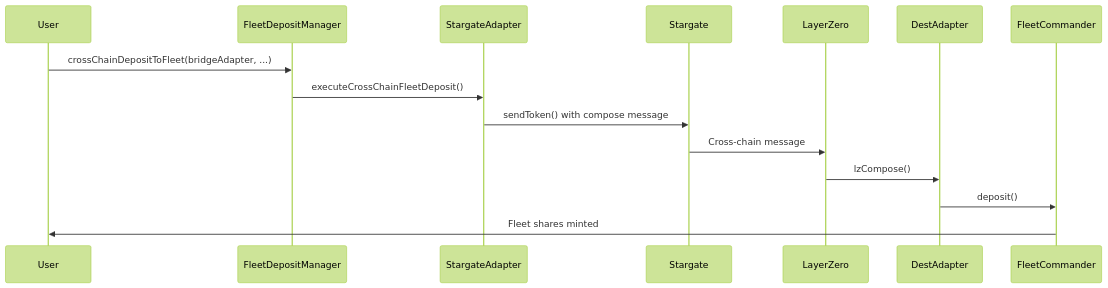
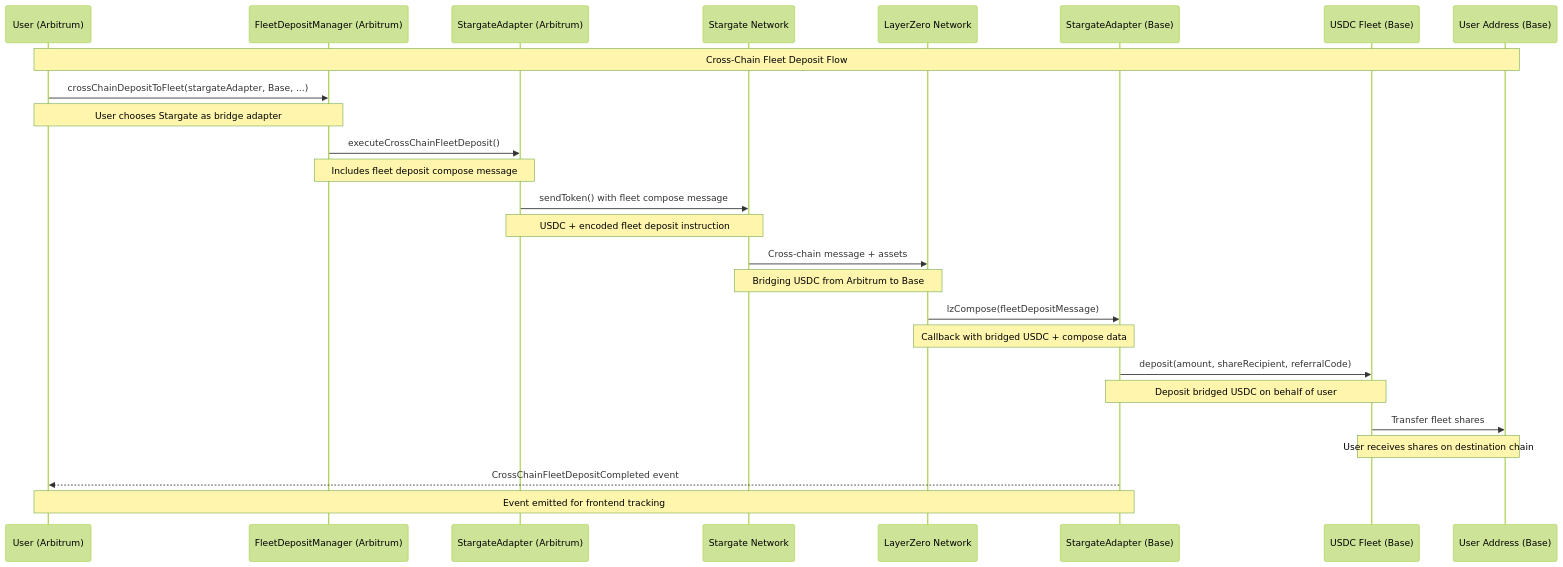
One commit to OasisDEX/summer-earn-protocol changed the third of 3 diagrams in packages/chain-bridge/CROSS_CHAIN_FLEET_DEPOSITS.md. Above: the diagram before and after it, drawn with Mermaid (forest theme). The commit also changed other lines of this file and 2 other files, not shown here.

First line of the commit message:
docs: enhance Cross-Chain Fleet Deposits documentation and add architecture diagrams

````diff
--- a/packages/chain-bridge/CROSS_CHAIN_FLEET_DEPOSITS.md
+++ b/packages/chain-bridge/CROSS_CHAIN_FLEET_DEPOSITS.md
@@ -132,18 +254,41 @@
 ```mermaid
 sequenceDiagram
-    participant User
-    participant FleetDepositManager
-    participant StargateAdapter
-    participant Stargate
-    participant LayerZero
-    participant DestAdapter
-    participant FleetCommander
+    participant User as User (Arbitrum)
+    participant FleetDepositManager as FleetDepositManager (Arbitrum)
+    participant SourceAdapter as StargateAdapter (Arbitrum)  
+    participant Stargate as Stargate Network
+    participant LayerZero as LayerZero Network
+    participant DestAdapter as StargateAdapter (Base)
+    participant FleetCommander as USDC Fleet (Base)
+    participant ShareRecipient as User Address (Base)
 
-    User->>FleetDepositManager: crossChainDepositToFleet(bridgeAdapter, ...)
-    FleetDepositManager->>StargateAdapter: executeCrossChainFleetDeposit()
-    StargateAdapter->>Stargate: sendToken() with compose message
-    Stargate->>LayerZero: Cross-chain message
-    LayerZero->>DestAdapter: lzCompose()
-    DestAdapter->>FleetCommander: deposit()
-    FleetCommander->>User: Fleet shares minted
+    Note over User,ShareRecipient: Cross-Chain Fleet Deposit Flow
+    
+    %% Source Chain Operations
+    User->>FleetDepositManager: crossChainDepositToFleet(stargateAdapter, Base, ...)
+    Note over User,FleetDepositManager: User chooses Stargate as bridge adapter
+    
+    FleetDepositManager->>SourceAdapter: executeCrossChainFleetDeposit()
+    Note over FleetDepositManager,SourceAdapter: Includes fleet deposit compose message
+    
+    SourceAdapter->>Stargate: sendToken() with fleet compose message
+    Note over SourceAdapter,Stargate: USDC + encoded fleet deposit instruction
+    
+    %% Cross-Chain Bridge
+    Stargate->>LayerZero: Cross-chain message + assets
+    Note over Stargate,LayerZero: Bridging USDC from Arbitrum to Base
+    
+    %% Destination Chain Operations  
+    LayerZero->>DestAdapter: lzCompose(fleetDepositMessage)
+    Note over LayerZero,DestAdapter: Callback with bridged USDC + compose data
+    
+    DestAdapter->>FleetCommander: deposit(amount, shareRecipient, referralCode)
+    Note over DestAdapter,FleetCommander: Deposit bridged USDC on behalf of user
+    
+    FleetCommander->>ShareRecipient: Transfer fleet shares
+    Note over FleetCommander,ShareRecipient: User receives shares on destination chain
+    
+    %% Success Event
+    DestAdapter-->>User: CrossChainFleetDepositCompleted event
+    Note over DestAdapter,User: Event emitted for frontend tracking
 ```
````
